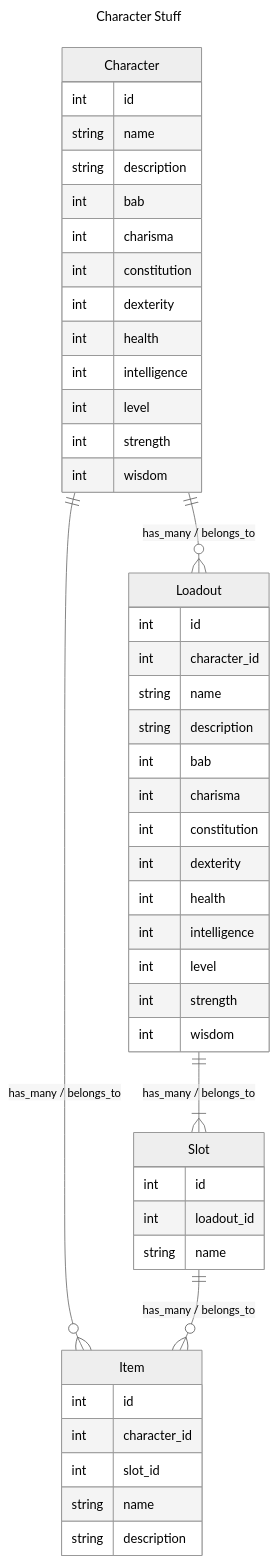
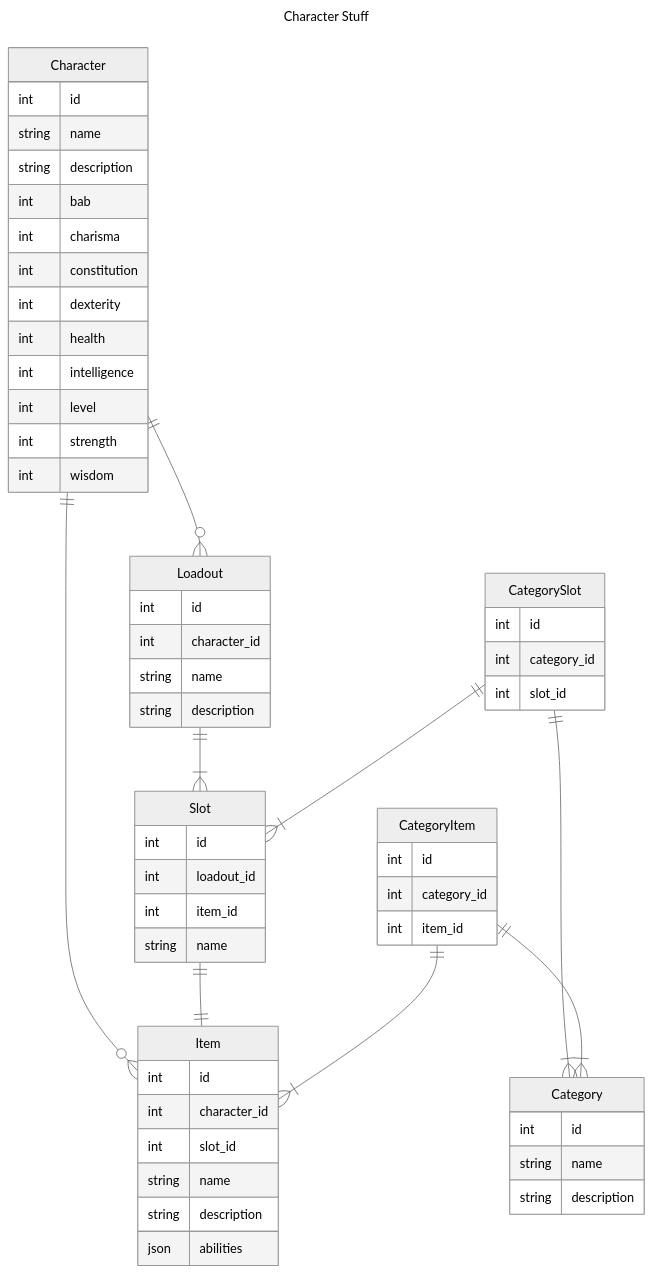
The diagram in docs/erd.mmd (nicholastonelli/heroes2), drawn with Mermaid (neutral theme) before and after one commit. The commit also changed 7 other files, not shown here.

Commit message:
rings renamed to items and mermaid graphing added

```diff
--- a/docs/erd.mmd
+++ b/docs/erd.mmd
@@ -1,50 +1,61 @@
 ---
 title: Character Stuff
 ---
 erDiagram
-    Character ||--o{ Item    : "has_many / belongs_to"
-    Character ||--o{ Loadout : "has_many / belongs_to"
-    Loadout   ||--|{ Slot    : "has_many / belongs_to"
-    Slot      ||--o{ Item    : "has_many / belongs_to"
-    Item
+    Character    ||--o{ Item        : ""
+    Character    ||--o{ Loadout     : ""
+    Loadout      ||--|{ Slot        : ""
+    Slot         ||--|| Item        : ""
+    CategorySlot ||--|{ Slot        : ""
+    CategoryItem ||--|{ Item        : ""
+    CategorySlot ||--|{ Category    : ""
+    CategoryItem ||--|{ Category    : ""
     Character {
         int id
         string name
         string description
         int bab
         int charisma
         int constitution
         int dexterity
         int health
         int intelligence
         int level
         int strength
         int wisdom
     }
     Loadout {
         int id
         int character_id
         string name
         string description
-        int bab
-        int charisma
-        int constitution
-        int dexterity
-        int health
-        int intelligence
-        int level
-        int strength
-        int wisdom
     }
     Slot {
         int id
         int loadout_id
+        int item_id
         string name
     }
     Item {
         int id
         int character_id
         int slot_id
         string name
         string description
+        json abilities
     }
+    CategorySlot {
+        int id
+        int category_id
+        int slot_id
+    }
+    CategoryItem {
+        int id
+        int category_id
+        int item_id
+    }
+    Category {
+        int id
+        string name
+        string description
+    }
```
